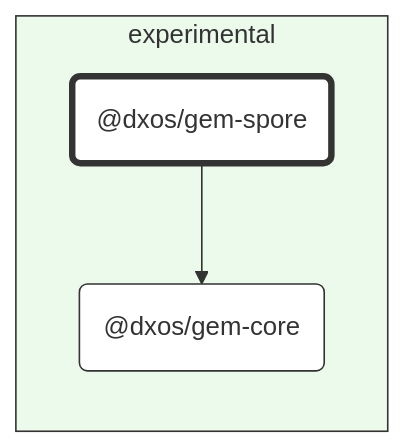
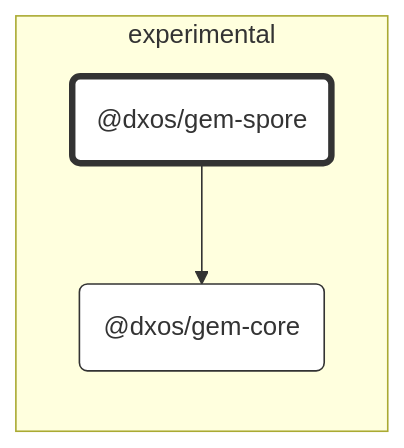
One commit to dxos/dxos changed the diagram in packages/experimental/gem-spore/docs/README.md. Above: the diagram before and after it, drawn with Mermaid. The commit also changed 80 other files, not shown here.

````diff
--- a/packages/experimental/gem-spore/docs/README.md
+++ b/packages/experimental/gem-spore/docs/README.md
@@ -7,23 +7,22 @@
 ```mermaid
 %%{ init: {'flowchart':{'curve':'basis'}} }%%
 
 flowchart LR
 
 %% Classes
 classDef def fill:#fff,stroke:#333,stroke-width:1px
 classDef root fill:#fff,stroke:#333,stroke-width:4px
 
 %% Nodes
 
 subgraph experimental [experimental]
-  style experimental fill:#ecfaeb,stroke:#333
   dxos/gem-spore("@dxos/gem-spore"):::root
   click dxos/gem-spore "dxos/dxos/tree/main/packages/experimental/gem-spore/docs"
   dxos/gem-core("@dxos/gem-core"):::def
   click dxos/gem-core "dxos/dxos/tree/main/packages/experimental/gem-core/docs"
 end
 
 %% Links
 linkStyle default stroke:#333,stroke-width:1px
 dxos/gem-spore --> dxos/gem-core
 ```
````
